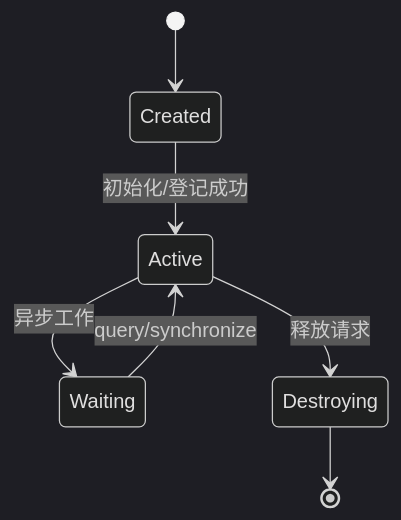
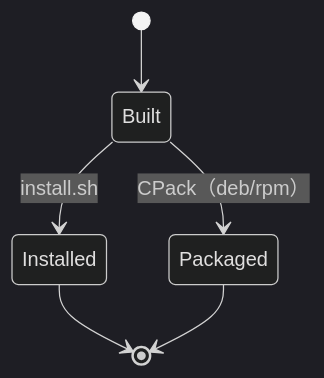
Before and after one commit to visionarywind/Projects: the sixth of 6 diagrams in musa/01-modules/M01-build-release-install/diagrams.md, drawn with Mermaid (dark theme). The commit also changed other lines of this file and 388 other files, not shown here.

````diff
--- a/musa/01-modules/M01-build-release-install/diagrams.md
+++ b/musa/01-modules/M01-build-release-install/diagrams.md
@@ -15,9 +66,8 @@
 ```mermaid
 stateDiagram-v2
- [*] --> Created
- Created --> Active: 初始化/登记成功
- Active --> Waiting: 异步工作
- Waiting --> Active: query/synchronize
- Active --> Destroying: 释放请求
- Destroying --> [*]
+    [*] --> Built
+    Built --> Installed: install.sh
+    Built --> Packaged: CPack（deb/rpm）
+    Installed --> [*]
+    Packaged --> [*]
 ```
````
